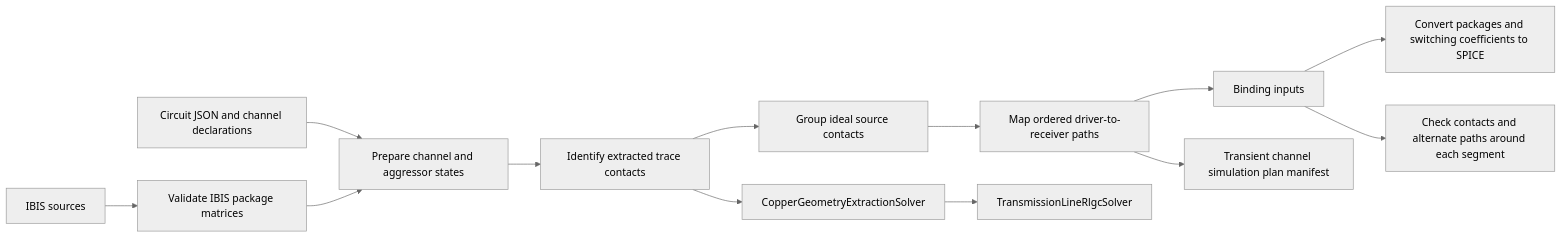
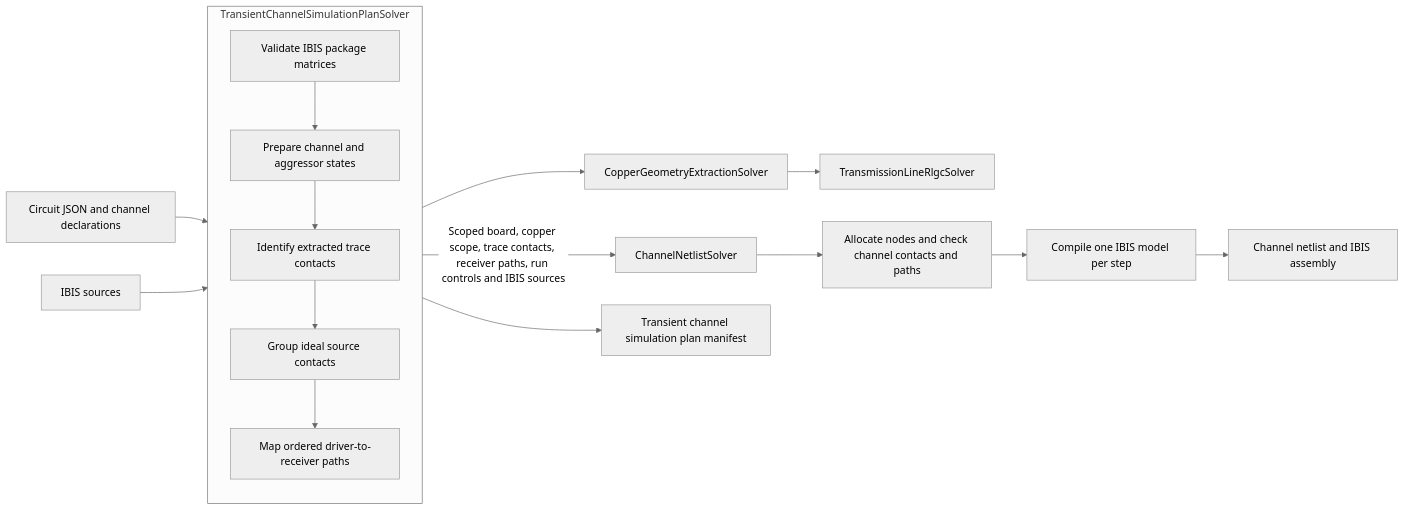
The first of 4 diagrams in docs/ARCHITECTURE.md (tscircuit/signal-integrity-pipeline), drawn with Mermaid (neutral theme) before and after one commit. The commit also changed other lines of this file and 9 other files, not shown here.

Commit message:
feat: add ChannelNetlistSolver

````diff
--- a/docs/ARCHITECTURE.md
+++ b/docs/ARCHITECTURE.md
@@ -20,15 +21,18 @@
 ```mermaid
 flowchart LR
-  board["Circuit JSON and channel declarations"] --> prepare["Prepare channel and aggressor states"]
-  ibis["IBIS sources"] --> packages["Validate IBIS package matrices"]
-  packages --> prepare
-  prepare --> traces["Identify extracted trace contacts"]
-  traces --> groups["Group ideal source contacts"]
-  groups --> paths["Map ordered driver-to-receiver paths"]
-  traces --> geometry["CopperGeometryExtractionSolver"]
+  subgraph planner["TransientChannelSimulationPlanSolver"]
+    packages["Validate IBIS package matrices"] --> prepare["Prepare channel and aggressor states"]
+    prepare --> traces["Identify extracted trace contacts"]
+    traces --> groups["Group ideal source contacts"]
+    groups --> paths["Map ordered driver-to-receiver paths"]
+  end
+  board["Circuit JSON and channel declarations"] --> planner
+  ibis["IBIS sources"] --> planner
+  planner --> geometry["CopperGeometryExtractionSolver"]
   geometry --> transmissionLineRlgc["TransmissionLineRlgcSolver"]
-  paths --> bindings["Binding inputs"]
-  bindings --> spice["Convert packages and switching coefficients to SPICE"]
-  bindings --> checks["Check contacts and alternate paths around each segment"]
-  paths --> manifest["Transient channel simulation plan manifest"]
+  planner -->|Scoped board, copper scope, trace contacts, receiver paths, run controls and IBIS sources| netlist["ChannelNetlistSolver"]
+  netlist --> checks["Allocate nodes and check channel contacts and paths"]
+  checks --> spice["Compile one IBIS model per step"]
+  spice --> bound["Channel netlist and IBIS assembly"]
+  planner --> manifest["Transient channel simulation plan manifest"]
 ```
````
